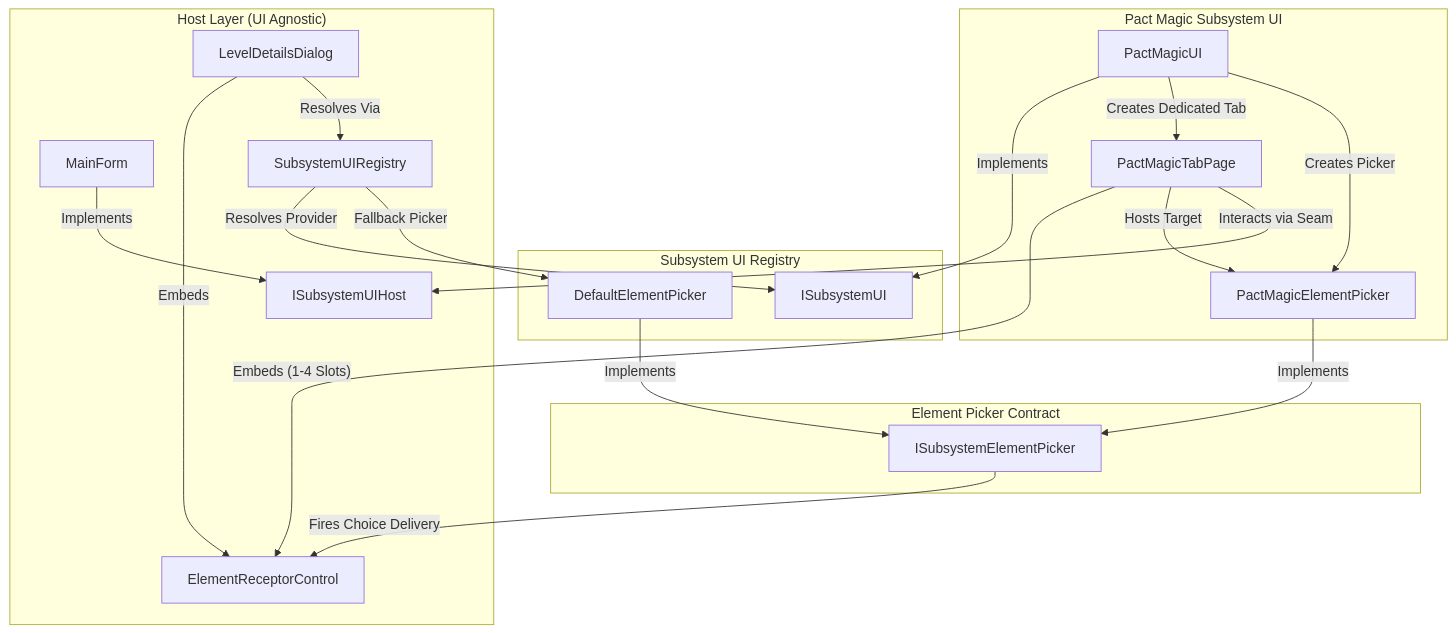
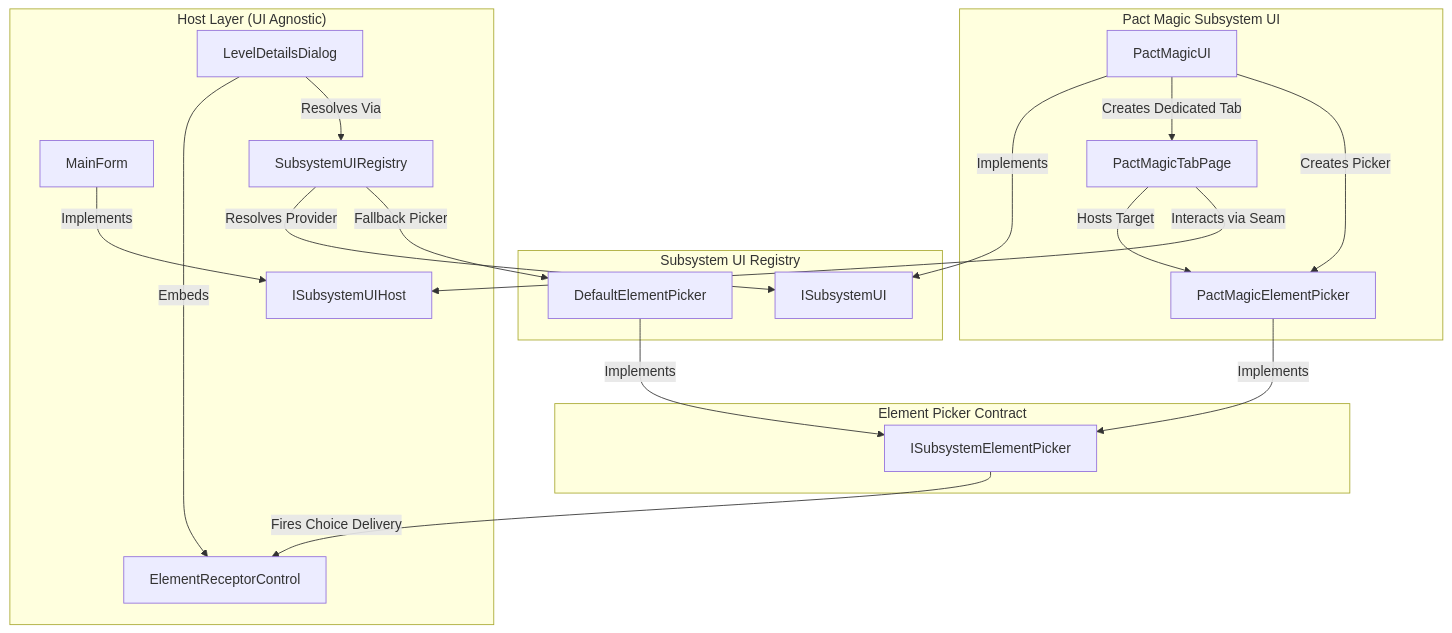
The diagram in docs/adr/0016-subsystem-ui-ownership-and-composable-element-pickers.md (rrwoods/PlayMore3.5), drawn with Mermaid before and after one commit. The commit also changed other lines of this file and 7 other files, not shown here.

````diff
--- a/docs/adr/0016-subsystem-ui-ownership-and-composable-element-pickers.md
+++ b/docs/adr/0016-subsystem-ui-ownership-and-composable-element-pickers.md
@@ -16,28 +16,27 @@
 ```mermaid
 flowchart TD
     subgraph Host ["Host Layer (UI Agnostic)"]
         MF["MainForm"] -->|"Implements"| HostSeam["ISubsystemUIHost"]
         LDD["LevelDetailsDialog"] -->|"Embeds"| Receptor["ElementReceptorControl"]
         LDD -->|"Resolves Via"| Registry["SubsystemUIRegistry"]
     end
 
     subgraph RegistryLayer ["Subsystem UI Registry"]
         Registry -->|"Resolves Provider"| ISubUI["ISubsystemUI"]
         Registry -->|"Fallback Picker"| DefaultPicker["DefaultElementPicker"]
     end
 
     subgraph SubsystemLayer ["Pact Magic Subsystem UI"]
         PactUI["PactMagicUI"] -->|"Implements"| ISubUI
         PactUI -->|"Creates Dedicated Tab"| TabPage["PactMagicTabPage"]
         PactUI -->|"Creates Picker"| VestigePicker["PactMagicElementPicker"]
-        TabPage -->|"Embeds (1-4 Slots)"| Receptor
         TabPage -->|"Hosts Target"| VestigePicker
         TabPage -->|"Interacts via Seam"| HostSeam
     end
 
     subgraph ElementPickerLayer ["Element Picker Contract"]
         VestigePicker -->|"Implements"| IPicker["ISubsystemElementPicker"]
         DefaultPicker -->|"Implements"| IPicker
         IPicker -->|"Fires Choice Delivery"| Receptor
     end
 ```
````
